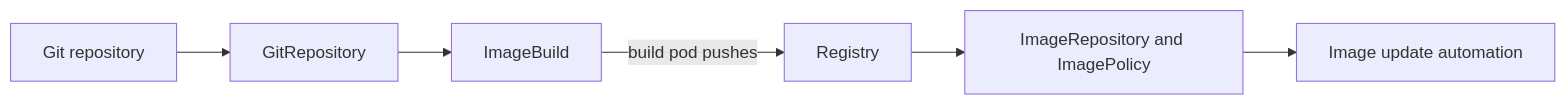
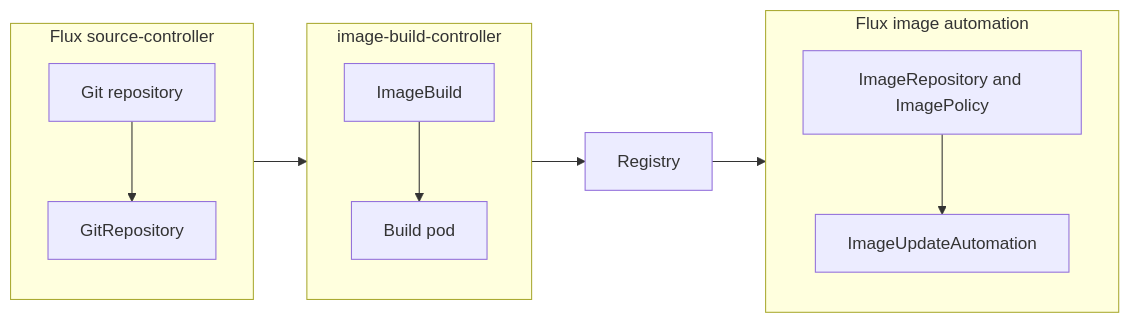
Before and after one commit to leightweight/image-build-controller: the diagram in README.md, drawn with Mermaid.

Commit message:
docs: make the README diagram readable

````diff
--- a/README.md
+++ b/README.md
@@ -10,8 +10,16 @@
 ```mermaid
 flowchart LR
-    git[Git repository] --> gitrepo[GitRepository]
-    gitrepo --> imagebuild[ImageBuild]
-    imagebuild -- build pod pushes --> registry[Registry]
-    registry --> policy[ImageRepository and ImagePolicy]
-    policy --> deploy[Image update automation]
+    subgraph source[Flux source-controller]
+        direction TB
+        git[Git repository] --> gitrepo[GitRepository]
+    end
+    subgraph build[image-build-controller]
+        direction TB
+        imagebuild[ImageBuild] --> pod[Build pod]
+    end
+    subgraph deploy[Flux image automation]
+        direction TB
+        policy[ImageRepository and ImagePolicy] --> automation[ImageUpdateAutomation]
+    end
+    source --> build --> registry[Registry] --> deploy
 ```
````
